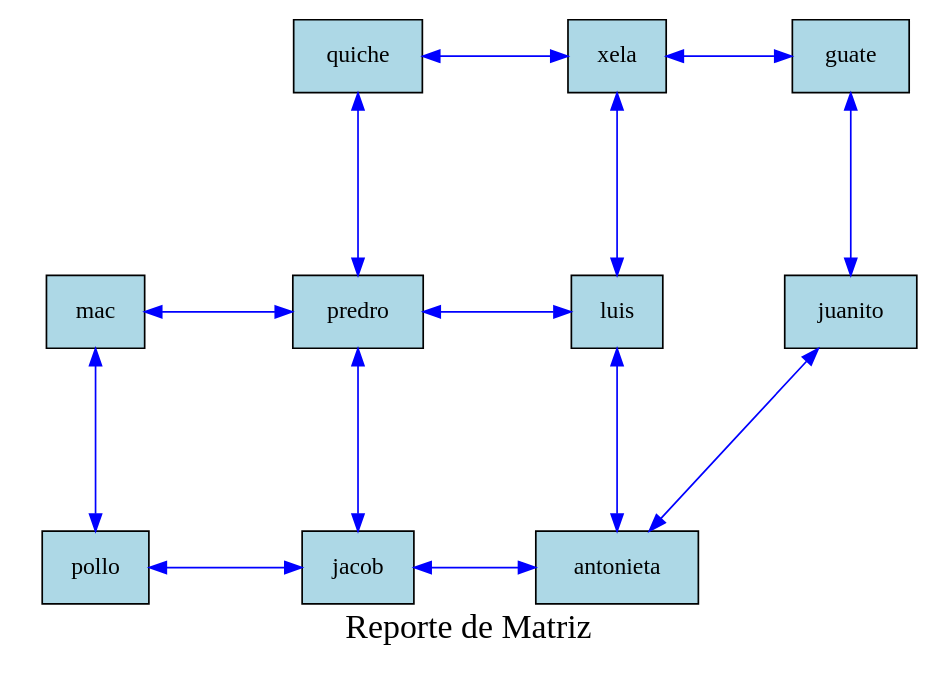
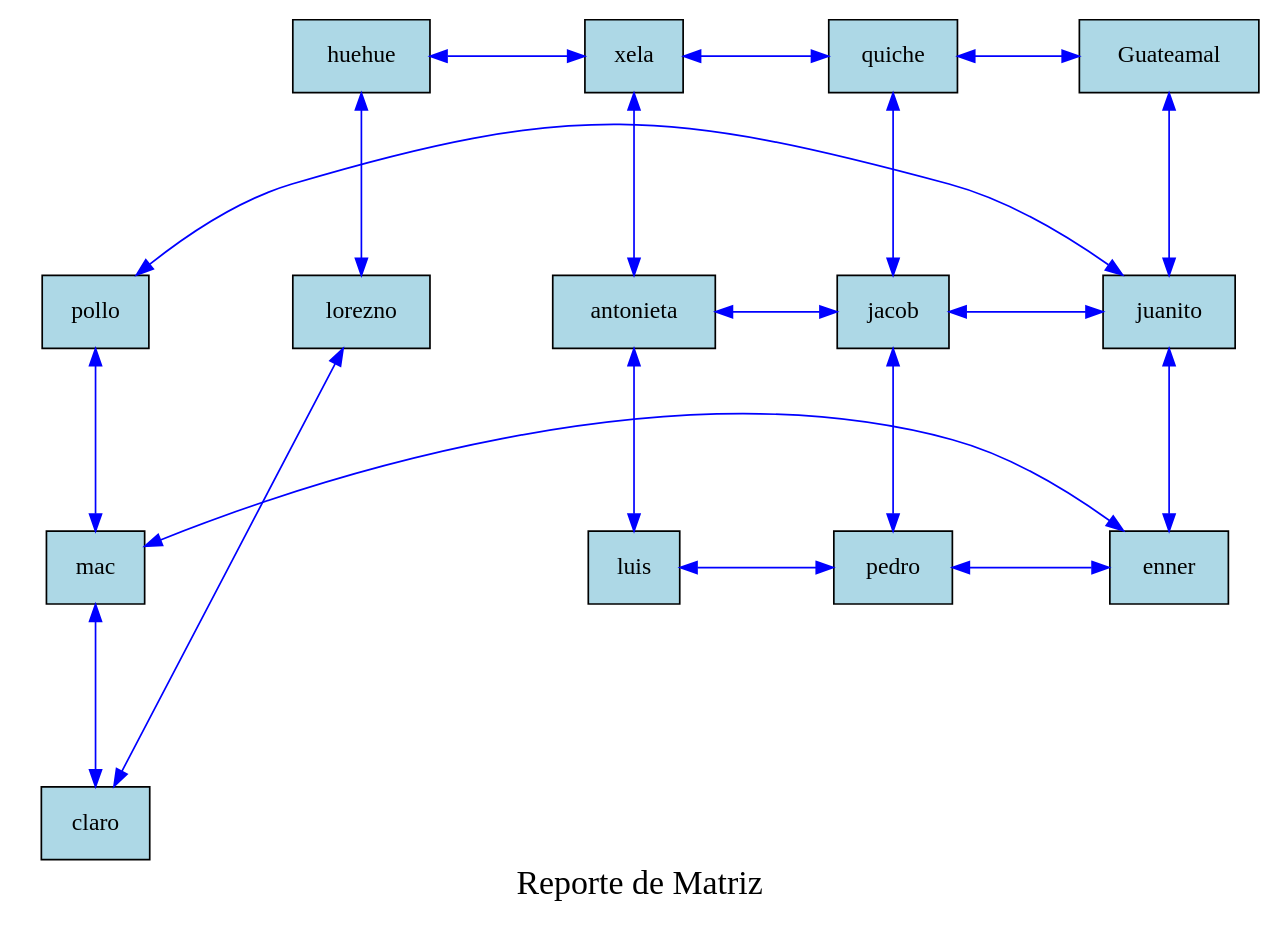
The diagram in Proyecto1/cmake-build-debug/reporteMatriz.dot (Ennero/EDD_Proyecto1_Vacas2_202302220), drawn with Graphviz before and after one commit. The commit also changed 34 other files, not shown here.

```diff
--- a/Proyecto1/cmake-build-debug/reporteMatriz.dot
+++ b/Proyecto1/cmake-build-debug/reporteMatriz.dot
@@ -1,32 +1,42 @@
 digraph G {
  rankdir=TB;
  node [shape=box, style=filled, fillcolor=lightblue, margin=0.2];
 edge [style=solid, color=blue];
  graph [ranksep=1.5, nodesep=1];
 graph [label="Reporte de Matriz", fontsize=20, fontcolor=black];
     invisible_[label="invisible"style=invis];
-    invisible_-> nodo_1745279803488 [style=invis];
-    nodo_1745279803488 [label="mac"style=filled, fillcolor=lightblue];
-    nodo_1745279803488 -> nodo_1745279804496 [dir=both];
-    nodo_1745279803488 -> nodo_1745279785840 [dir=both,constraint=false];
-    nodo_1745279804496 [label="pollo"style=filled, fillcolor=lightblue];
-    nodo_1745279804496 -> nodo_1745279804784 [dir=both,constraint=false];
-    nodo_1745279803200 [label="quiche"style=filled, fillcolor=lightblue];
-    nodo_1745279803200 -> nodo_1745279785840 [dir=both];
-    nodo_1745279803200 -> nodo_1745279804208 [dir=both,constraint=false];
-    nodo_1745279785840 [label="predro"style=filled, fillcolor=lightblue];
-    nodo_1745279785840 -> nodo_1745279804784 [dir=both];
-    nodo_1745279785840 -> nodo_1745279805824 [dir=both,constraint=false];
-    nodo_1745279804784 [label="jacob"style=filled, fillcolor=lightblue];
-    nodo_1745279804784 -> nodo_1745279803824 [dir=both,constraint=false];
-    nodo_1745279804208 [label="xela"style=filled, fillcolor=lightblue];
-    nodo_1745279804208 -> nodo_1745279805824 [dir=both];
-    nodo_1745279804208 -> nodo_1745279806400 [dir=both,constraint=false];
-    nodo_1745279805824 [label="luis"style=filled, fillcolor=lightblue];
-    nodo_1745279805824 -> nodo_1745279803824 [dir=both];
-    nodo_1745279803824 [label="antonieta"style=filled, fillcolor=lightblue];
-    nodo_1745279803824 -> nodo_1745279806112 [dir=both,constraint=false];
-    nodo_1745279806400 [label="guate"style=filled, fillcolor=lightblue];
-    nodo_1745279806400 -> nodo_1745279806112 [dir=both];
-    nodo_1745279806112 [label="juanito"style=filled, fillcolor=lightblue];
+    invisible_-> nodo_1801559367792 [style=invis];
+    nodo_1801559367792 [label="pollo"style=filled, fillcolor=lightblue];
+    nodo_1801559367792 -> nodo_1801559368848 [dir=both];
+    nodo_1801559367792 -> nodo_1801559350128 [dir=both,constraint=false];
+    nodo_1801559368848 [label="mac"style=filled, fillcolor=lightblue];
+    nodo_1801559368848 -> nodo_1801559960544 [dir=both];
+    nodo_1801559368848 -> nodo_1801559370256 [dir=both,constraint=false];
+    nodo_1801559960544 [label="claro"style=filled, fillcolor=lightblue];
+    nodo_1801559960544 -> nodo_1801559959904 [dir=both,constraint=false];
+    nodo_1801559367440 [label="Guateamal"style=filled, fillcolor=lightblue];
+    nodo_1801559367440 -> nodo_1801559350128 [dir=both];
+    nodo_1801559367440 -> nodo_1801559368496 [dir=both,constraint=false];
+    nodo_1801559350128 [label="juanito"style=filled, fillcolor=lightblue];
+    nodo_1801559350128 -> nodo_1801559370256 [dir=both];
+    nodo_1801559350128 -> nodo_1801559369904 [dir=both,constraint=false];
+    nodo_1801559370256 [label="enner"style=filled, fillcolor=lightblue];
+    nodo_1801559370256 -> nodo_1801559368144 [dir=both,constraint=false];
+    nodo_1801559368496 [label="quiche"style=filled, fillcolor=lightblue];
+    nodo_1801559368496 -> nodo_1801559369904 [dir=both];
+    nodo_1801559368496 -> nodo_1801559369552 [dir=both,constraint=false];
+    nodo_1801559369904 [label="jacob"style=filled, fillcolor=lightblue];
+    nodo_1801559369904 -> nodo_1801559368144 [dir=both];
+    nodo_1801559369904 -> nodo_1801559370608 [dir=both,constraint=false];
+    nodo_1801559368144 [label="pedro"style=filled, fillcolor=lightblue];
+    nodo_1801559368144 -> nodo_1801559369200 [dir=both,constraint=false];
+    nodo_1801559369552 [label="xela"style=filled, fillcolor=lightblue];
+    nodo_1801559369552 -> nodo_1801559370608 [dir=both];
+    nodo_1801559369552 -> nodo_1801559960224 [dir=both,constraint=false];
+    nodo_1801559370608 [label="antonieta"style=filled, fillcolor=lightblue];
+    nodo_1801559370608 -> nodo_1801559369200 [dir=both];
+    nodo_1801559369200 [label="luis"style=filled, fillcolor=lightblue];
+    nodo_1801559960224 [label="huehue"style=filled, fillcolor=lightblue];
+    nodo_1801559960224 -> nodo_1801559959904 [dir=both];
+    nodo_1801559959904 [label="lorezno"style=filled, fillcolor=lightblue];
 }
```
